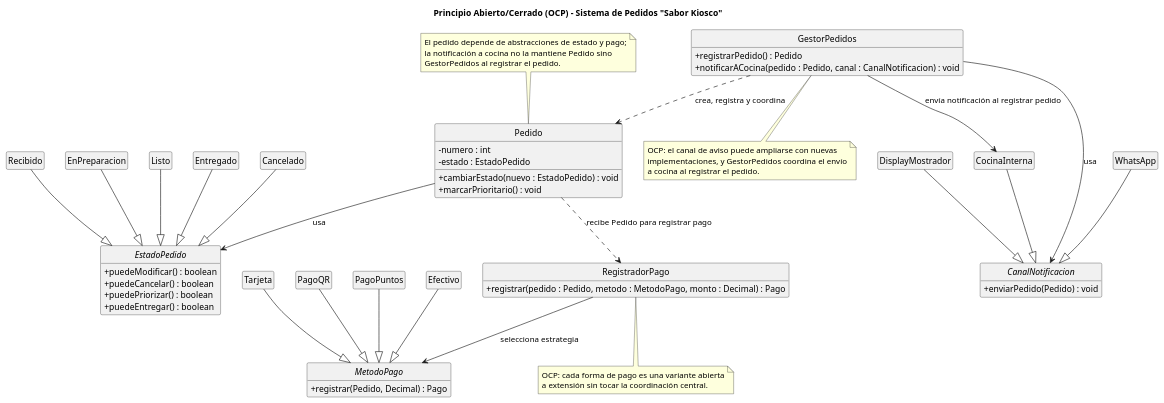
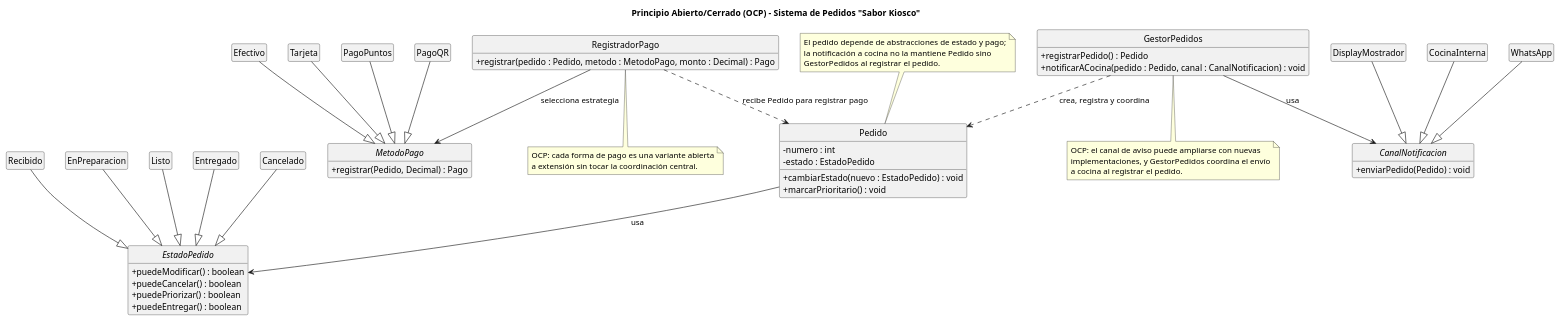
One commit to lucasmengarelli3/SistemaPedidos changed the diagram in diagramas/01-diagrama-clases/01-solid-02-ocp.puml. Above: the diagram before and after it, drawn with PlantUML. The commit also changed 1 other file, not shown here.

```diff
--- a/diagramas/01-diagrama-clases/01-solid-02-ocp.puml
+++ b/diagramas/01-diagrama-clases/01-solid-02-ocp.puml
@@ -1,93 +1,92 @@
 @startuml
 skinparam shadowing false
 skinparam classAttributeIconSize 0
 hide empty members
 hide circle
 
 title Principio Abierto/Cerrado (OCP) - Sistema de Pedidos "Sabor Kiosco"
 
 abstract class EstadoPedido {
   + puedeModificar() : boolean
   + puedeCancelar() : boolean
   + puedePriorizar() : boolean
   + puedeEntregar() : boolean
 }
 
 class Recibido
 class EnPreparacion
 class Listo
 class Entregado
 class Cancelado
 
 abstract class MetodoPago {
   + registrar(Pedido, Decimal) : Pago
 }
 
 class Efectivo
 class Tarjeta
 class PagoQR
 class PagoPuntos
 
 abstract class CanalNotificacion {
   + enviarPedido(Pedido) : void
 }
 
 class CocinaInterna
 class WhatsApp
 class DisplayMostrador
 
 class Pedido {
   - numero : int
   - estado : EstadoPedido
   + cambiarEstado(nuevo : EstadoPedido) : void
   + marcarPrioritario() : void
 }
 
 class RegistradorPago {
   + registrar(pedido : Pedido, metodo : MetodoPago, monto : Decimal) : Pago
 }
 
 class GestorPedidos {
   + registrarPedido() : Pedido
   + notificarACocina(pedido : Pedido, canal : CanalNotificacion) : void
 }
 
 Recibido --|> EstadoPedido
 EnPreparacion --|> EstadoPedido
 Listo --|> EstadoPedido
 Entregado --|> EstadoPedido
 Cancelado --|> EstadoPedido
 
 Efectivo --|> MetodoPago
 Tarjeta --|> MetodoPago
 PagoQR --|> MetodoPago
 PagoPuntos --|> MetodoPago
 
 CocinaInterna --|> CanalNotificacion
 WhatsApp --|> CanalNotificacion
 DisplayMostrador --|> CanalNotificacion
 
 Pedido --> EstadoPedido : usa
-Pedido ..> RegistradorPago : recibe Pedido para registrar pago
+RegistradorPago ..> Pedido : recibe Pedido para registrar pago
 RegistradorPago --> MetodoPago : selecciona estrategia
 GestorPedidos --> CanalNotificacion : usa
-GestorPedidos --> CocinaInterna : envía notificación al registrar pedido
 GestorPedidos ..> Pedido : crea, registra y coordina
 
 note top of Pedido
   El pedido depende de abstracciones de estado y pago;
   la notificación a cocina no la mantiene Pedido sino
   GestorPedidos al registrar el pedido.
 end note
 
 note bottom of RegistradorPago
   OCP: cada forma de pago es una variante abierta
   a extensión sin tocar la coordinación central.
 end note
 
 note bottom of GestorPedidos
   OCP: el canal de aviso puede ampliarse con nuevas
   implementaciones, y GestorPedidos coordina el envío
   a cocina al registrar el pedido.
 end note
 @enduml
```
